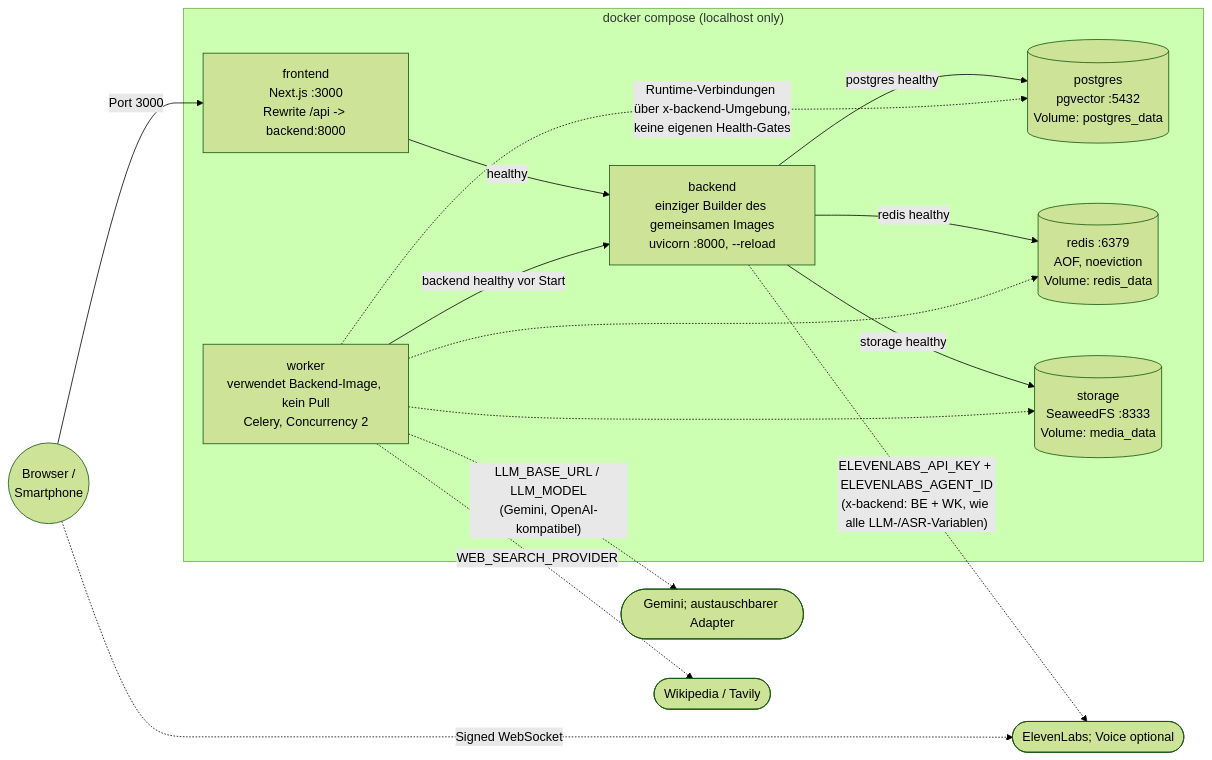
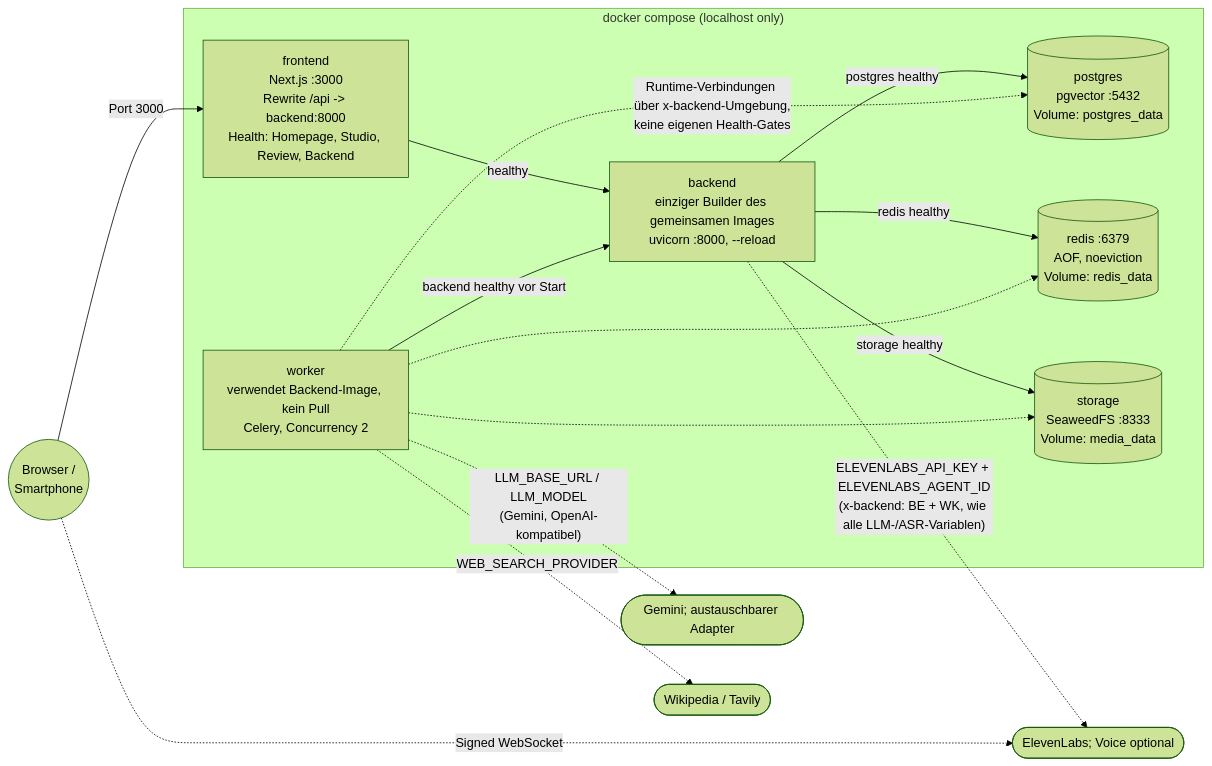
The second of 12 diagrams in docs/03-architecture.md (johannes3502/hackathon-fulda), drawn with Mermaid (forest theme) before and after one commit. The commit also changed 3 other files, not shown here.

Commit message:
Check studio and review routes in frontend healthcheck

````diff
--- a/docs/03-architecture.md
+++ b/docs/03-architecture.md
@@ -145,25 +145,25 @@
 ```mermaid
 flowchart LR
     subgraph Host["docker compose (localhost only)"]
-        FE["frontend<br/>Next.js :3000<br/>Rewrite /api -> backend:8000"]
+        FE["frontend<br/>Next.js :3000<br/>Rewrite /api -> backend:8000<br/>Health: Homepage, Studio, Review, Backend"]
         BE["backend<br/>einziger Builder des gemeinsamen Images<br/>uvicorn :8000, --reload"]
         WK["worker<br/>verwendet Backend-Image, kein Pull<br/>Celery, Concurrency 2"]
         PG[("postgres<br/>pgvector :5432<br/>Volume: postgres_data")]
         RD[("redis :6379<br/>AOF, noeviction<br/>Volume: redis_data")]
         ST[("storage<br/>SeaweedFS :8333<br/>Volume: media_data")]
     end
 
     User(("Browser /<br/>Smartphone")) -->|"Port 3000"| FE
     FE -->|"healthy"| BE
     BE -->|"postgres healthy"| PG
     BE -->|"storage healthy"| ST
     BE -->|"redis healthy"| RD
     WK -->|"backend healthy vor Start"| BE
     WK -. "Runtime-Verbindungen über x-backend-Umgebung,<br/>keine eigenen Health-Gates" .-> PG
     WK -.-> ST
     WK -.-> RD
     WK -. "LLM_BASE_URL / LLM_MODEL<br/>(Gemini, OpenAI-kompatibel)" .-> LLM(["Gemini; austauschbarer Adapter"])
     BE -. "ELEVENLABS_API_KEY + ELEVENLABS_AGENT_ID<br/>(x-backend: BE + WK, wie alle LLM-/ASR-Variablen)" .-> EL(["ElevenLabs; Voice optional"])
     User -. "Signed WebSocket" .-> EL
     WK -. "WEB_SEARCH_PROVIDER" .-> WS(["Wikipedia / Tavily"])
 ```
````
